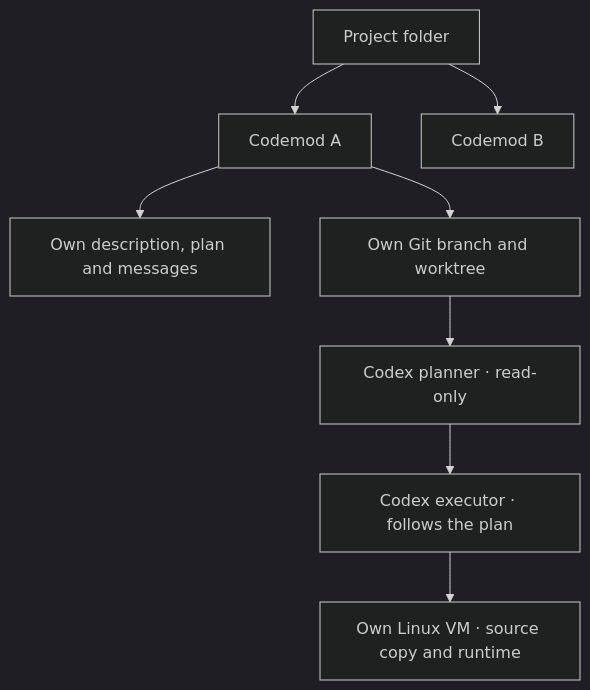
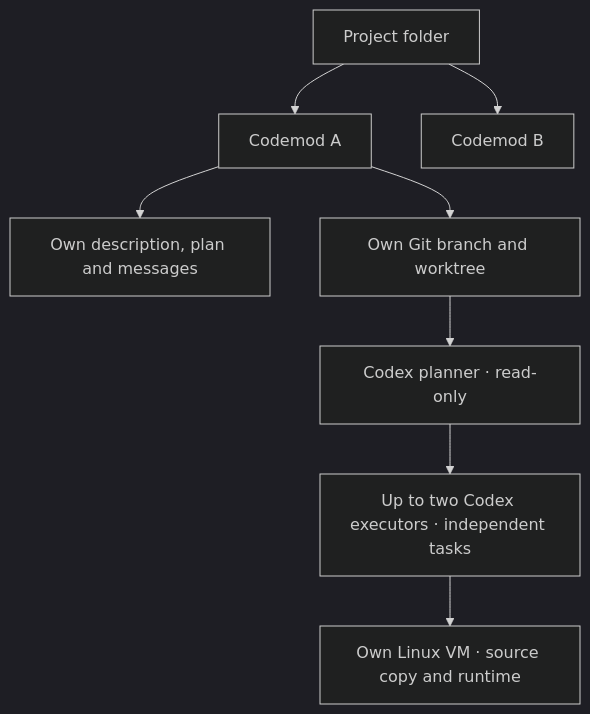
One commit to minimumeffort-dev/sprowt.harness changed the first of 2 diagrams in docs/codemods.md. Above: the diagram before and after it, drawn with Mermaid (dark theme). The commit also changed other lines of this file and 19 other files, not shown here.

Commit message:
Run two Codex workers per codemod with shared VM control and targeted steering

````diff
--- a/docs/codemods.md
+++ b/docs/codemods.md
@@ -5,10 +5,10 @@
 ```mermaid
 flowchart TB
     project["Project folder"] --> first["Codemod A"]
     project --> second["Codemod B"]
     first --> context["Own description, plan and messages"]
     first --> worktree["Own Git branch and worktree"]
     worktree --> planner["Codex planner · read-only"]
-    planner --> executor["Codex executor · follows the plan"]
+    planner --> executor["Up to two Codex executors · independent tasks"]
     executor --> vm["Own Linux VM · source copy and runtime"]
 ```
````
